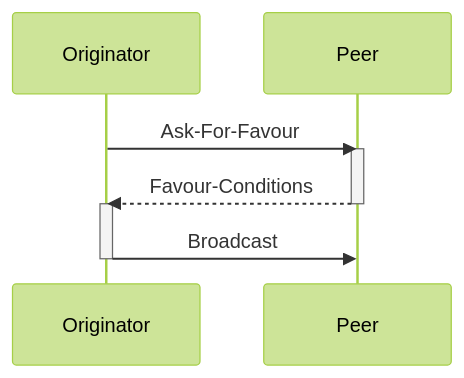
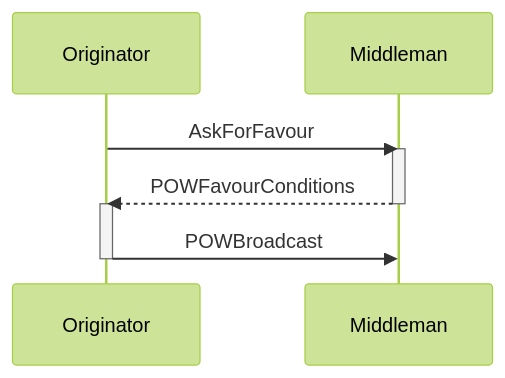
Before and after one commit to DontTrustVerifyOrg/gig-gossip: the fourth of 6 diagrams in whitepaper/protocol.md, drawn with Mermaid (forest theme). The commit also changed other lines of this file, not shown here.

````diff
--- a/whitepaper/protocol.md
+++ b/whitepaper/protocol.md
@@ -61,10 +139,10 @@
 ```mermaid
 sequenceDiagram
-    Originator->>Peer: Ask-For-Favour
-    activate Peer
-    Peer-->>Originator: Favour-Conditions
-    deactivate Peer
+    Originator->>Middleman: AskForFavour
+    activate Middleman
+    Middleman-->>Originator: POWFavourConditions
+    deactivate Middleman
     activate Originator
-    Originator->>Peer: Broadcast
+    Originator->>Middleman: POWBroadcast
     deactivate Originator
 ```
````
